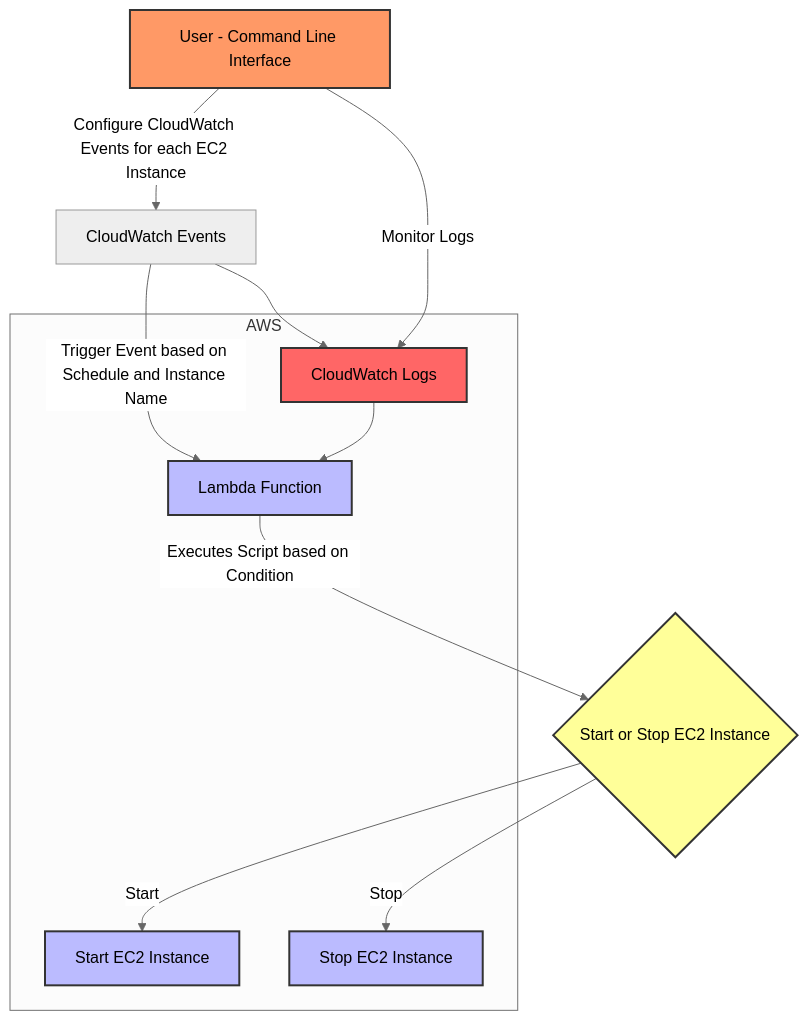
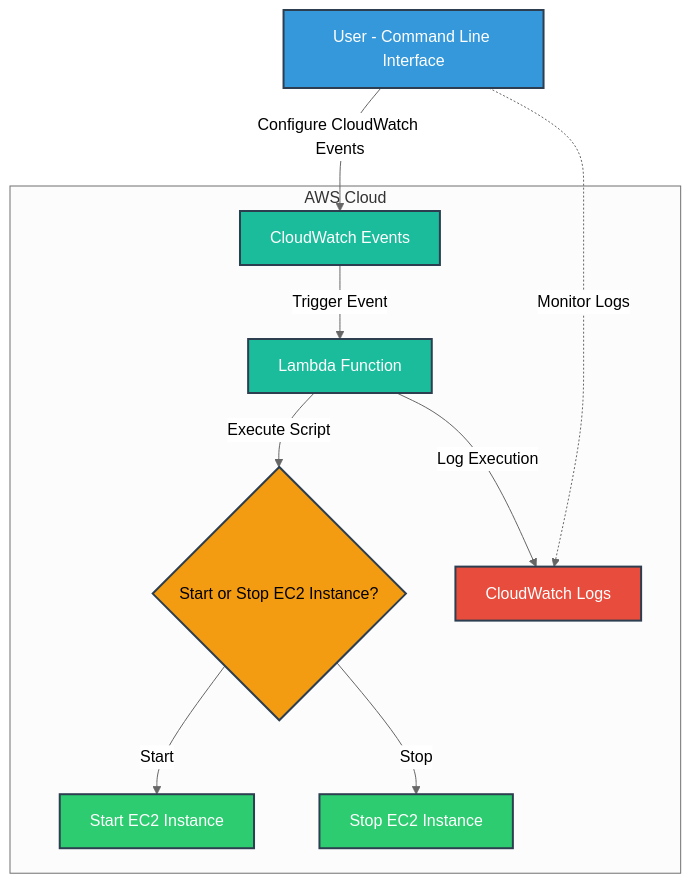
The diagram in Readme.md (maniSHarma7575/hibernate), drawn with Mermaid (neutral theme) before and after one commit. The commit also changed other lines of this file, not shown here.

Commit message:
[UPDATE] Permission required to create IAM user added

````diff
--- a/Readme.md
+++ b/Readme.md
@@ -14,24 +14,40 @@
 ```mermaid
-flowchart TD
-    A[User - Command Line Interface] -->|Configure CloudWatch Events for each EC2 Instance| B[CloudWatch Events]
-    B -->|Trigger Event based on Schedule and Instance Name| C[Lambda Function]
-    C -->|Executes Script based on Condition| D{Start or Stop EC2 Instance}
-    D -->|Start| E[Start EC2 Instance]
-    D -->|Stop| F[Stop EC2 Instance]
+flowchart TB
+    A[User - Command Line Interface]
+    B[CloudWatch Events]
+    C[Lambda Function]
+    D{Start or Stop EC2 Instance?}
+    E[Start EC2 Instance]
+    F[Stop EC2 Instance]
+    G[CloudWatch Logs]
 
-    subgraph AWS
-      E
-      F
-      G[CloudWatch Logs] --> C
+    subgraph AWS Cloud
+        B
+        C
+        D
+        E
+        F
+        G
     end
-    
-    A -->|Monitor Logs| G
-    B --> G
-    
-    style A fill:#f96,stroke:#333,stroke-width:2px;
-    style D fill:#ff9,stroke:#333,stroke-width:2px;
-    style E fill:#bbf,stroke:#333,stroke-width:2px;
-    style F fill:#bbf,stroke:#333,stroke-width:2px;
-    style C fill:#bbf,stroke:#333,stroke-width:2px;
-    style G fill:#f66,stroke:#333,stroke-width:2px;
+
+    A -->|Configure CloudWatch Events| B
+    B -->|Trigger Event| C
+    C -->|Execute Script| D
+    D -->|Start| E
+    D -->|Stop| F
+    C -->|Log Execution| G
+    A -.->|Monitor Logs| G
+
+    classDef default fill:#f7f7f7,stroke:#2c3e50,stroke-width:2px;
+    classDef input fill:#3498db,stroke:#2c3e50,stroke-width:2px,color:#fff;
+    classDef process fill:#1abc9c,stroke:#2c3e50,stroke-width:2px,color:#fff;
+    classDef decision fill:#f39c12,stroke:#2c3e50,stroke-width:2px;
+    classDef output fill:#2ecc71,stroke:#2c3e50,stroke-width:2px,color:#fff;
+    classDef storage fill:#e74c3c,stroke:#2c3e50,stroke-width:2px,color:#fff;
+
+    class A input;
+    class B,C process;
+    class D decision;
+    class E,F output;
+    class G storage;
 ```
````
